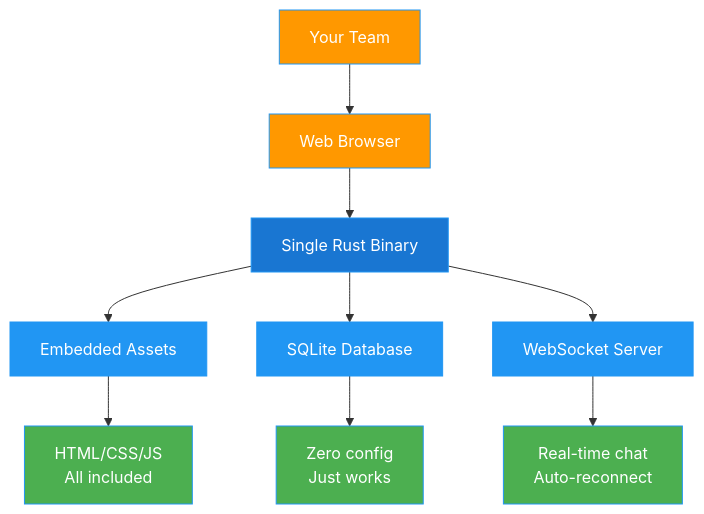
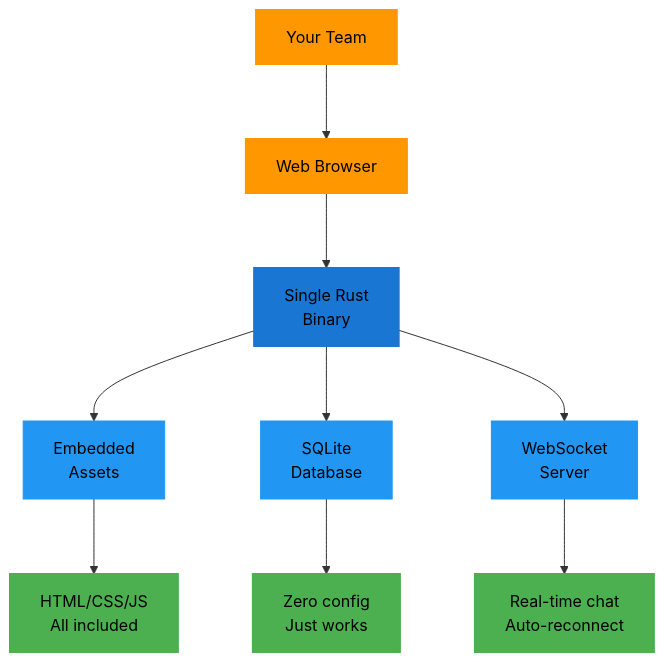
The second of 6 diagrams in README.md (that-in-rust/campfire-on-rust), drawn with Mermaid before and after one commit. The commit also changed other lines of this file and 4 other files, not shown here.

First line of the commit message:
✨ Improve branding and mermaid diagrams

````diff
--- a/README.md
+++ b/README.md
@@ -49,22 +49,22 @@
 ```mermaid
-%%{init: {'theme':'base', 'themeVariables': {'primaryColor':'#2196f3','primaryTextColor':'#ffffff','primaryBorderColor':'#2196f3','lineColor':'#333333','secondaryColor':'#f4f4f4','tertiaryColor':'#ffffff'}}}%%
-graph TD
-    A[Single Rust Binary] --> B[Embedded Assets]
-    A --> C[SQLite Database]
-    A --> D[WebSocket Server]
+%%{init: {'theme':'base', 'themeVariables': {'primaryColor':'#2196f3','primaryTextColor':'#000000','primaryBorderColor':'#2196f3','lineColor':'#333333','secondaryColor':'#f4f4f4','tertiaryColor':'#ffffff'}, 'flowchart': {'nodeSpacing': 75, 'rankSpacing': 75, 'wrappingWidth': 150}}}%%
+flowchart TD
+    A[Single Rust<br/>Binary] --> B[Embedded<br/>Assets]
+    A --> C[SQLite<br/>Database]
+    A --> D[WebSocket<br/>Server]
     
     B --> E[HTML/CSS/JS<br/>All included]
     C --> F[Zero config<br/>Just works]
     D --> G[Real-time chat<br/>Auto-reconnect]
     
     H[Your Team] --> I[Web Browser]
     I --> A
     
-    classDef binary fill:#1976d2,color:#fff
-    classDef feature fill:#4caf50,color:#fff
-    classDef user fill:#ff9800,color:#fff
+    classDef binary fill:#1976d2,color:#000000,stroke:#1976d2,stroke-width:2px
+    classDef feature fill:#4caf50,color:#000000,stroke:#4caf50,stroke-width:2px
+    classDef user fill:#ff9800,color:#000000,stroke:#ff9800,stroke-width:2px
     
     class A binary
     class E,F,G feature
     class H,I user
 ```
````
